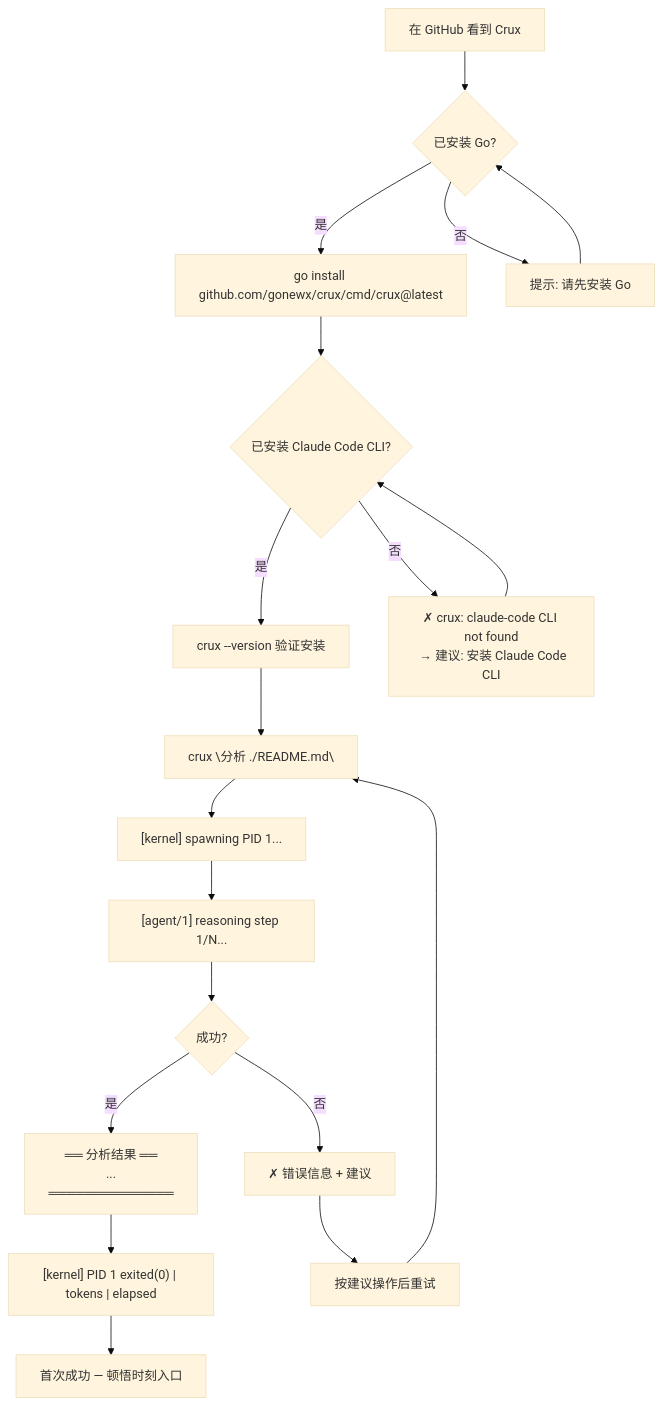
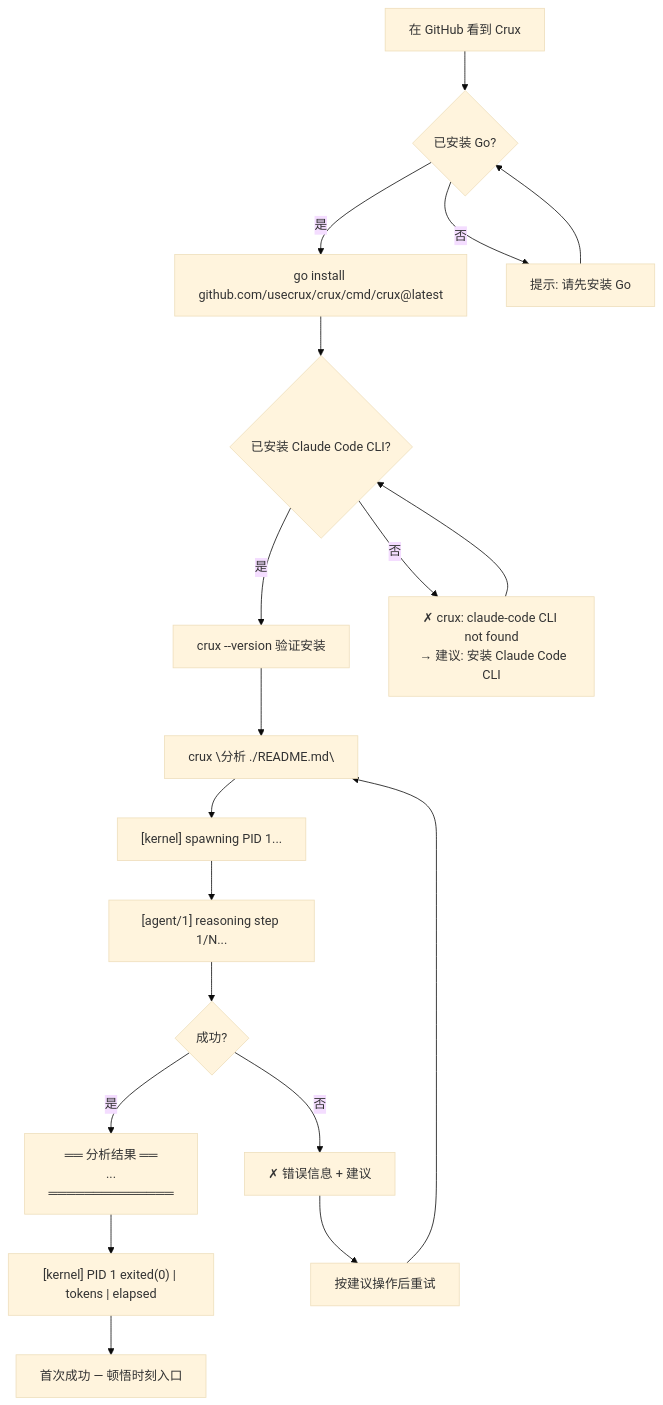
One commit to rnixai/rnix changed the first of 5 diagrams in _bmad-output/planning-artifacts/ux-design-specification.md. Above: the diagram before and after it, drawn with Mermaid (base theme). The commit also changed 138 other files, not shown here.

First line of the commit message:
Update module path from github.com/gonewx/crux to github.com/usecrux/crux

````diff
--- a/_bmad-output/planning-artifacts/ux-design-specification.md
+++ b/_bmad-output/planning-artifacts/ux-design-specification.md
@@ -857,21 +857,21 @@
 ```mermaid
 flowchart TD
     A[在 GitHub 看到 Crux] --> B{已安装 Go?}
-    B -->|是| C["go install github.com/gonewx/crux/cmd/crux@latest"]
+    B -->|是| C["go install github.com/usecrux/crux/cmd/crux@latest"]
     B -->|否| B1[提示: 请先安装 Go]
     B1 --> B
     C --> D{已安装 Claude Code CLI?}
     D -->|是| E["crux --version 验证安装"]
     D -->|否| D1["✗ crux: claude-code CLI not found\n  → 建议: 安装 Claude Code CLI"]
     D1 --> D
     E --> F["crux \"分析 ./README.md\""]
     F --> G["[kernel] spawning PID 1..."]
     G --> H["[agent/1] reasoning step 1/N..."]
     H --> I{成功?}
     I -->|是| J["══ 分析结果 ══\n  ...\n══════════════"]
     I -->|否| K["✗ 错误信息 + 建议"]
     J --> L["[kernel] PID 1 exited(0) | tokens | elapsed"]
     K --> M[按建议操作后重试]
     M --> F
     L --> N[首次成功 — 顿悟时刻入口]
 ```
````
